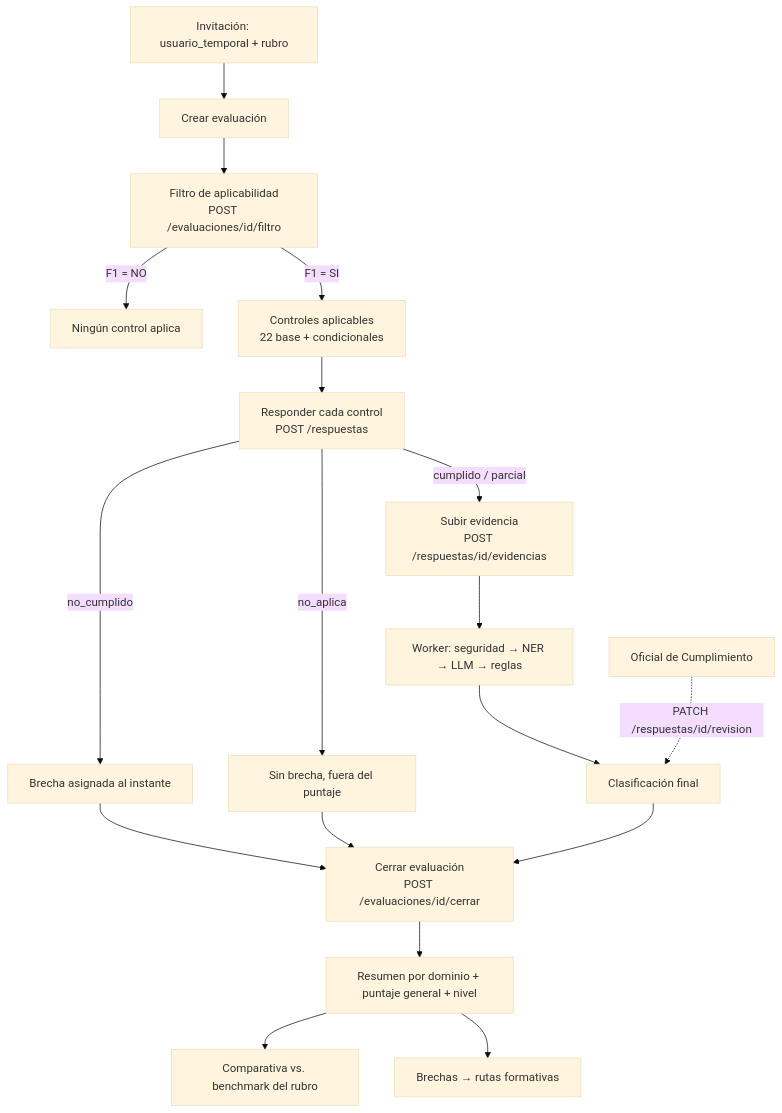
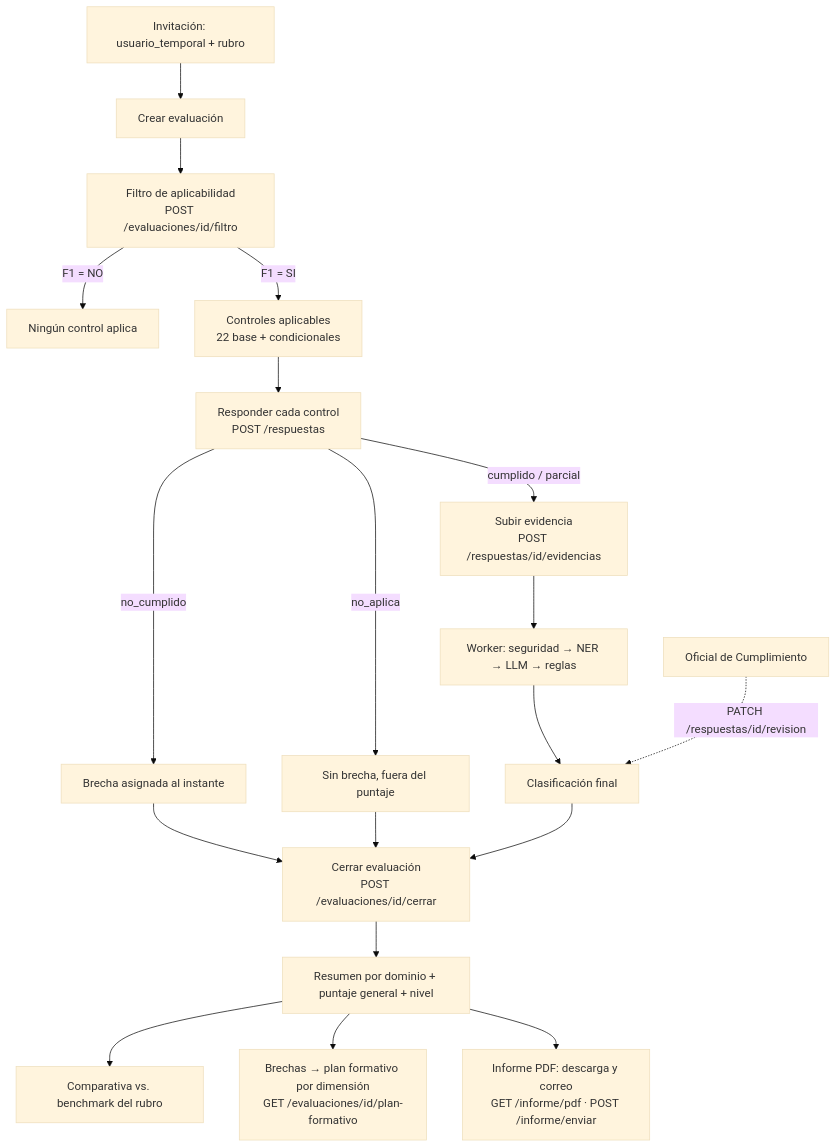
One commit to jerReyDuoc/Capstone changed the second of 5 diagrams in Proyecto/README.md. Above: the diagram before and after it, drawn with Mermaid (base theme). The commit also changed other lines of this file and 46 other files, not shown here.

Commit message:
HU-12 Capacitaciones listas mas envio pdf por correo

````diff
--- a/Proyecto/README.md
+++ b/Proyecto/README.md
@@ -243,20 +251,21 @@
 ```mermaid
 flowchart TD
     A[Invitación: usuario_temporal + rubro] --> B[Crear evaluación]
     B --> C[Filtro de aplicabilidad<br/>POST /evaluaciones/id/filtro]
     C -->|F1 = NO| Z[Ningún control aplica]
     C -->|F1 = SI| D[Controles aplicables<br/>22 base + condicionales]
     D --> E[Responder cada control<br/>POST /respuestas]
     E -->|cumplido / parcial| F[Subir evidencia<br/>POST /respuestas/id/evidencias]
     E -->|no_cumplido| G[Brecha asignada al instante]
     E -->|no_aplica| H[Sin brecha, fuera del puntaje]
     F --> I[Worker: seguridad → NER → LLM → reglas]
     I --> J[Clasificación final]
     G --> K
     H --> K
     J --> K[Cerrar evaluación<br/>POST /evaluaciones/id/cerrar]
     K --> L[Resumen por dominio + puntaje general + nivel]
     L --> M[Comparativa vs. benchmark del rubro]
-    L --> N[Brechas → rutas formativas]
+    L --> N[Brechas → plan formativo por dimensión<br/>GET /evaluaciones/id/plan-formativo]
+    L --> P[Informe PDF: descarga y correo<br/>GET /informe/pdf · POST /informe/enviar]
     O[Oficial de Cumplimiento] -.->|PATCH /respuestas/id/revision| J
 ```
````
